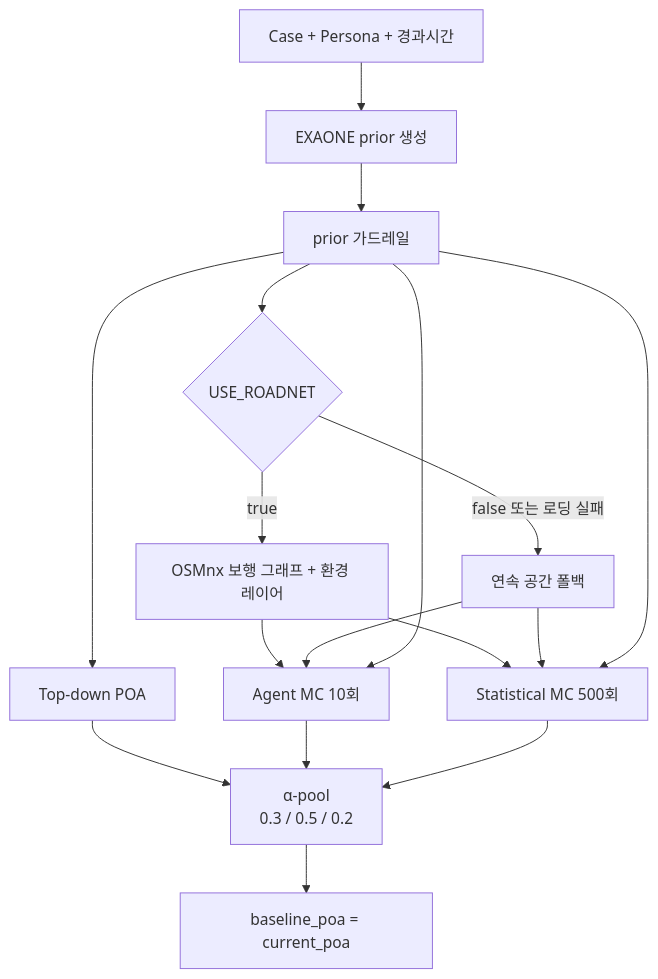
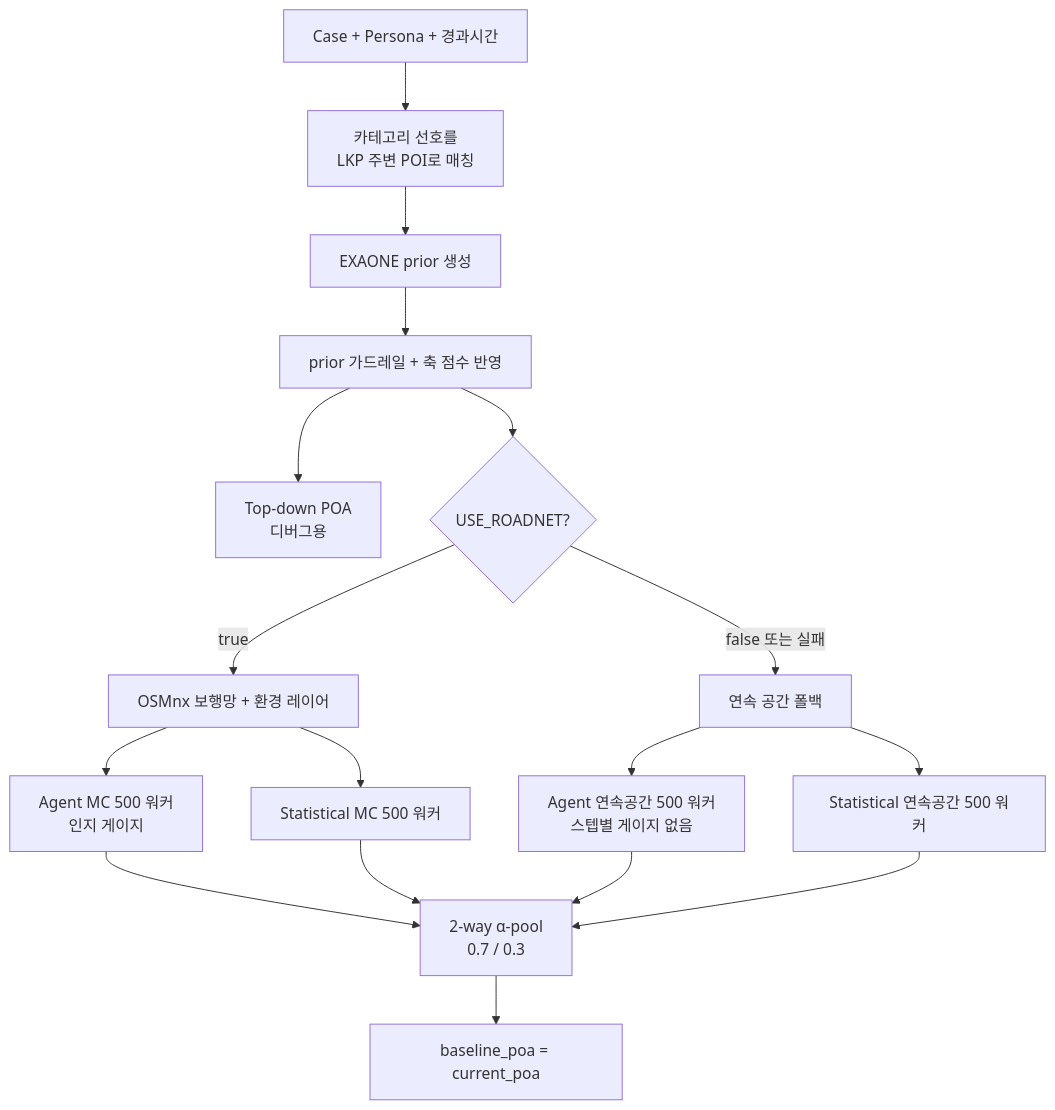
The third of 5 diagrams in README.md (Donghaeng-AI-ROOKIE/Come-back-home), drawn with Mermaid before and after one commit. The commit also changed other lines of this file and 1 other file, not shown here.

````diff
--- a/README.md
+++ b/README.md
@@ -161,21 +146,19 @@
 ```mermaid
 flowchart TD
-    IN[Case + Persona + 경과시간] --> PR[EXAONE prior 생성]
-    PR --> GUARD[prior 가드레일]
-    GUARD --> ROAD{USE_ROADNET}
-    ROAD -->|true| NET[OSMnx 보행 그래프 + 환경 레이어]
-    ROAD -->|false 또는 로딩 실패| CONT[연속 공간 폴백]
-
-    GUARD --> TD[Top-down POA]
-    NET --> AG[Agent MC 10회]
-    NET --> ST[Statistical MC 500회]
-    CONT --> AG
-    CONT --> ST
-    GUARD --> AG
-    GUARD --> ST
-
-    TD --> POOL[α-pool\n0.3 / 0.5 / 0.2]
-    AG --> POOL
+    IN["Case + Persona + 경과시간"] --> POI["카테고리 선호를<br/>LKP 주변 POI로 매칭"]
+    POI --> PR["EXAONE prior 생성"]
+    PR --> GD["prior 가드레일 + 축 점수 반영"]
+    GD --> TD["Top-down POA<br/>디버그용"]
+    GD --> ROAD{"USE_ROADNET?"}
+    ROAD -- "true" --> NET["OSMnx 보행망 + 환경 레이어"]
+    ROAD -- "false 또는 실패" --> CONT["연속 공간 폴백"]
+    NET --> AG["Agent MC 500 워커<br/>인지 게이지"]
+    NET --> ST["Statistical MC 500 워커"]
+    CONT --> AGC["Agent 연속공간 500 워커<br/>스텝별 게이지 없음"]
+    CONT --> STC["Statistical 연속공간 500 워커"]
+    AG --> POOL["2-way α-pool<br/>0.7 / 0.3"]
     ST --> POOL
-    POOL --> OUT[baseline_poa = current_poa]
+    AGC --> POOL
+    STC --> POOL
+    POOL --> OUT["baseline_poa = current_poa"]
 ```
````
